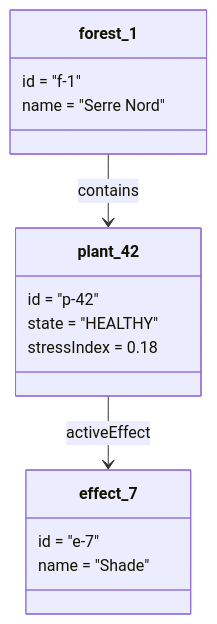
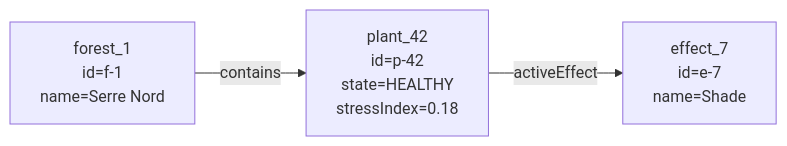
The sixth of 10 diagrams in docs/index.md (fasai444/GreenDesk), drawn with Mermaid before and after one commit. The commit also changed other lines of this file and 3 other files, not shown here.

````diff
--- a/docs/index.md
+++ b/docs/index.md
@@ -297,21 +383,9 @@
 ```mermaid
-classDiagram
-	class forest_1 {
-		id = "f-1"
-		name = "Serre Nord"
-	}
+flowchart LR
+	forest1["forest_1<br/>id=f-1<br/>name=Serre Nord"]
+	plant42["plant_42<br/>id=p-42<br/>state=HEALTHY<br/>stressIndex=0.18"]
+	effect7["effect_7<br/>id=e-7<br/>name=Shade"]
 
-	class plant_42 {
-		id = "p-42"
-		state = "HEALTHY"
-		stressIndex = 0.18
-	}
-
-	class effect_7 {
-		id = "e-7"
-		name = "Shade"
-	}
-
-	forest_1 --> plant_42 : contains
-	plant_42 --> effect_7 : activeEffect
+	forest1 -->|contains| plant42
+	plant42 -->|activeEffect| effect7
 ```
````
